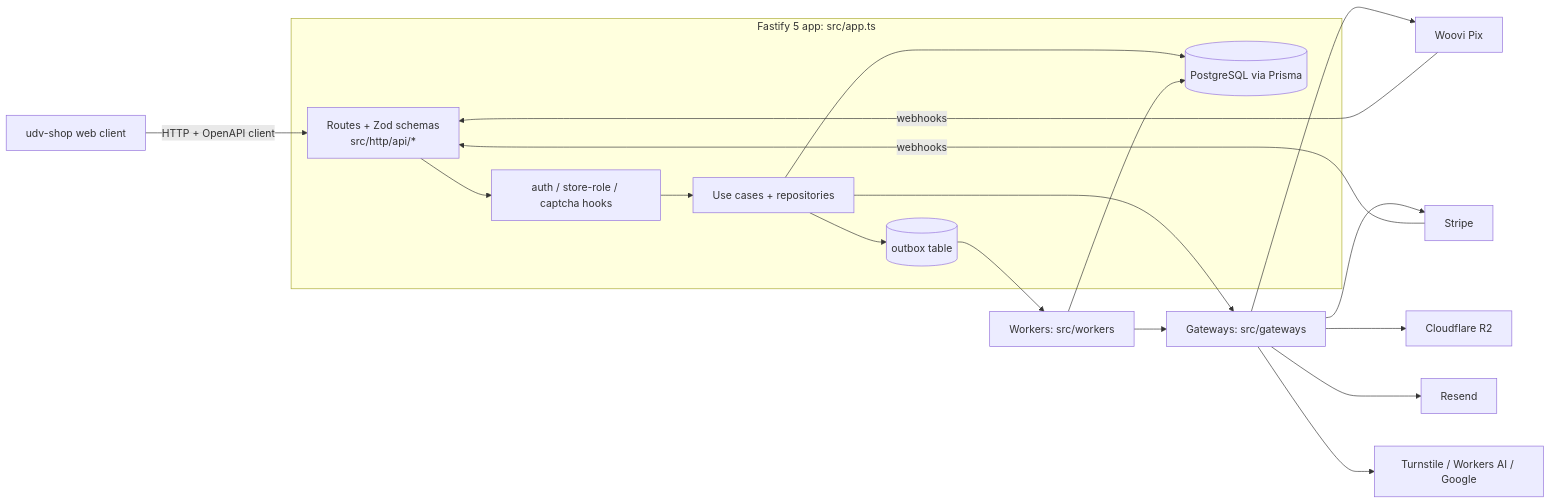
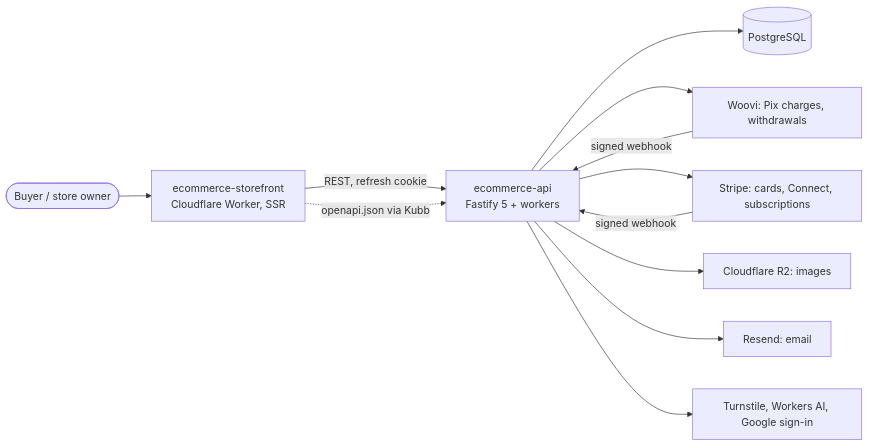
Before and after one commit to mkwitko/ecommerce-api: the first of 4 diagrams in README.md, drawn with Mermaid. The commit also changed other lines of this file, not shown here.

Commit message:
docs: add system context, layer, flow and data model diagrams to README

````diff
--- a/README.md
+++ b/README.md
@@ -20,21 +22,14 @@
 ```mermaid
 flowchart LR
-  Web[udv-shop web client] -->|HTTP + OpenAPI client| Routes
-  subgraph API[Fastify 5 app: src/app.ts]
-    Routes[Routes + Zod schemas<br/>src/http/api/*] --> Hooks[auth / store-role / captcha hooks]
-    Hooks --> UC[Use cases + repositories]
-    UC --> DB[(PostgreSQL via Prisma)]
-    UC --> Outbox[(outbox table)]
-  end
-  Workers[Workers: src/workers] --> DB
-  Outbox --> Workers
-  UC --> GW[Gateways: src/gateways]
-  Workers --> GW
-  GW --> Woovi[Woovi Pix]
-  GW --> Stripe[Stripe]
-  GW --> R2[Cloudflare R2]
-  GW --> Mail[Resend]
-  GW --> CF[Turnstile / Workers AI / Google]
-  Woovi -->|webhooks| Routes
-  Stripe -->|webhooks| Routes
+  Buyer([Buyer / store owner]) --> Web[ecommerce-storefront<br/>Cloudflare Worker, SSR]
+  Web -->|REST, refresh cookie| API[ecommerce-api<br/>Fastify 5 + workers]
+  API --> DB[(PostgreSQL)]
+  API --> Woovi[Woovi: Pix charges, withdrawals]
+  API --> Stripe[Stripe: cards, Connect, subscriptions]
+  API --> R2[Cloudflare R2: images]
+  API --> Mail[Resend: email]
+  API --> CF[Turnstile, Workers AI, Google sign-in]
+  Woovi -->|signed webhook| API
+  Stripe -->|signed webhook| API
+  Web -.->|openapi.json via Kubb| API
 ```
````
